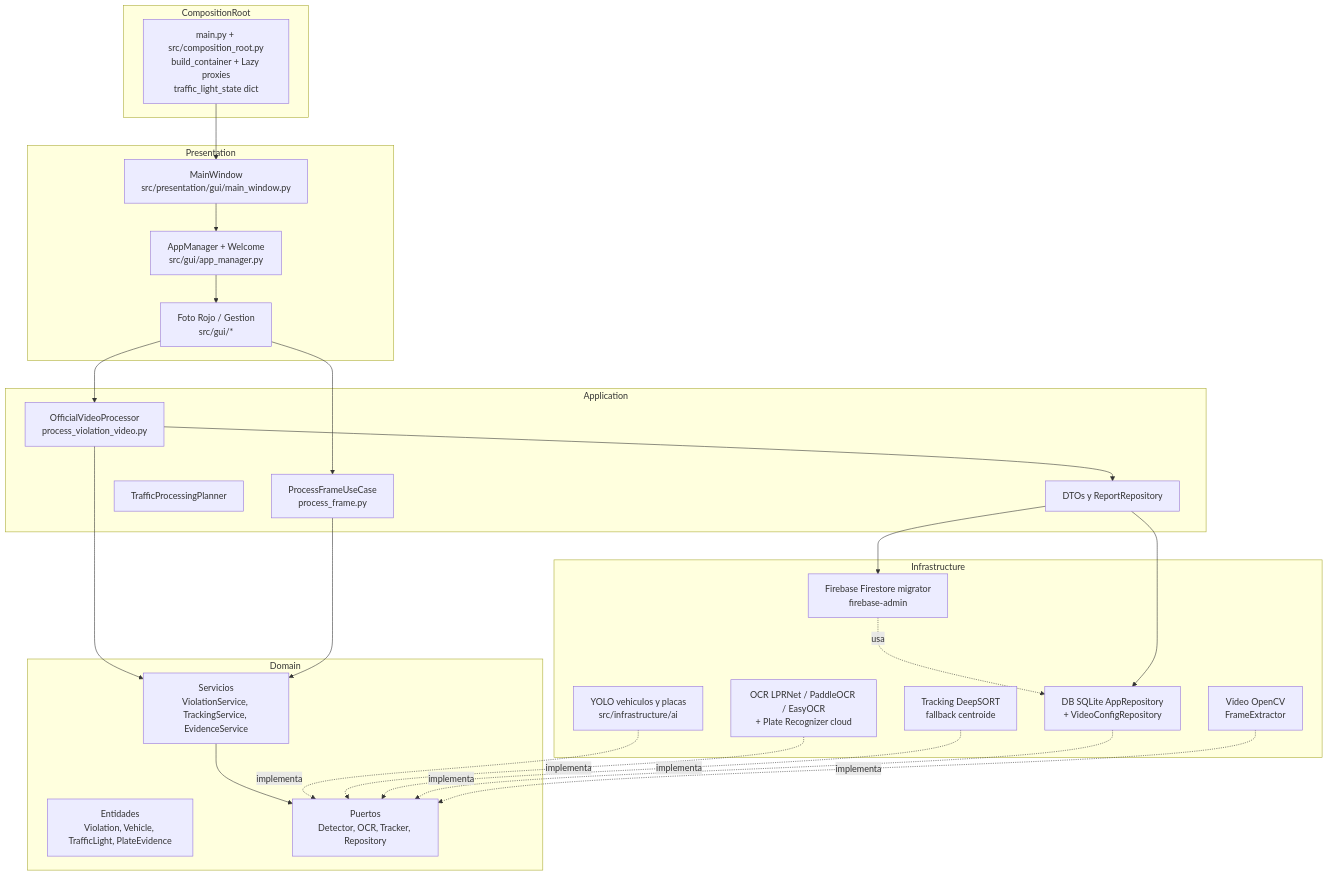
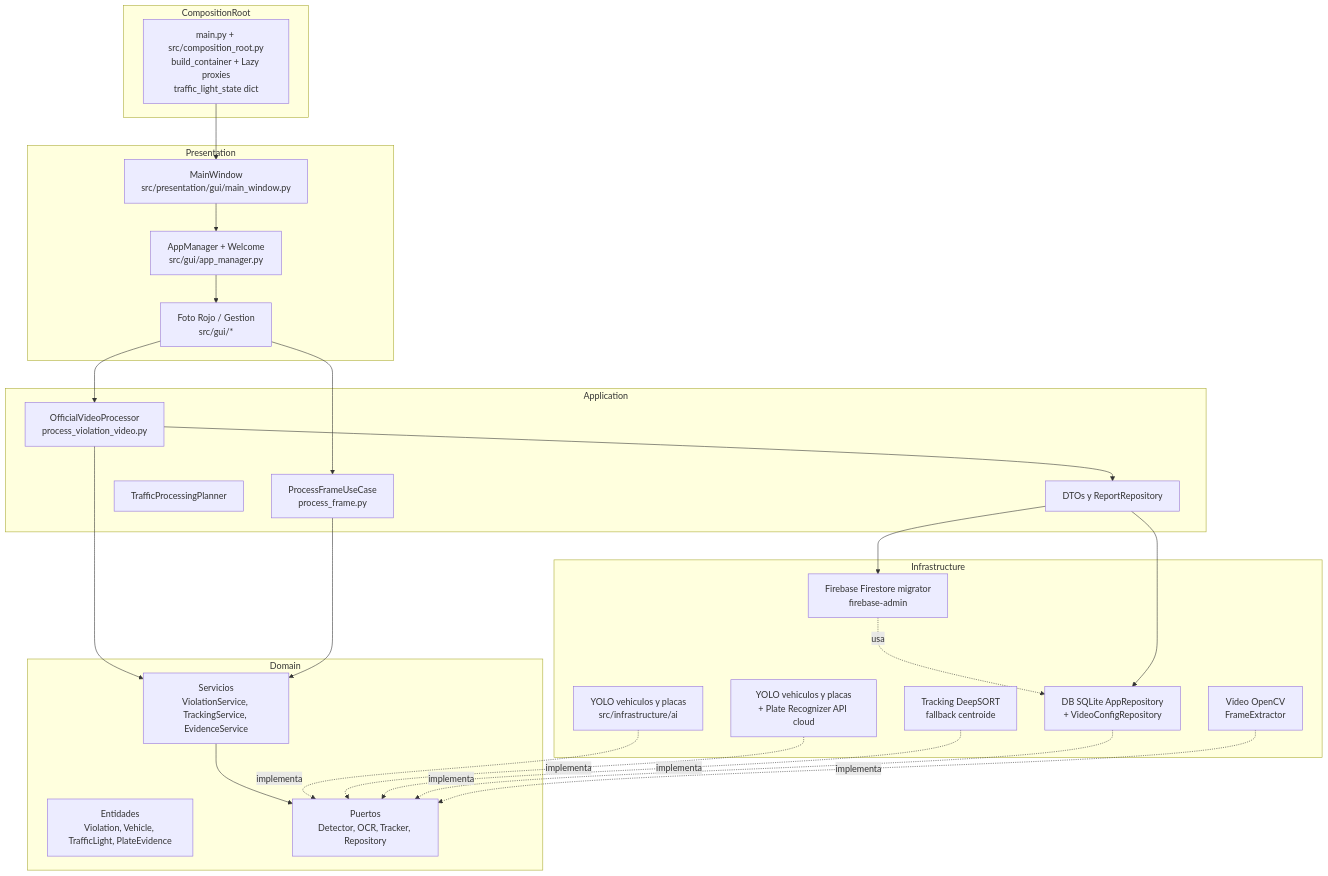
One commit to AbelMoyaICSI/InfractiVision changed the first of 7 diagrams in DOC.md. Above: the diagram before and after it, drawn with Mermaid. The commit also changed other lines of this file and 3 other files, not shown here.

````diff
--- a/DOC.md
+++ b/DOC.md
@@ -11,48 +11,48 @@
 ```mermaid
 flowchart TD
     subgraph Presentation
         P1[MainWindow<br/>src/presentation/gui/main_window.py]
         P2[AppManager + Welcome<br/>src/gui/app_manager.py]
         P3[Foto Rojo / Gestion<br/>src/gui/*]
     end
     subgraph Application
         A1[OfficialVideoProcessor<br/>process_violation_video.py]
         A2[ProcessFrameUseCase<br/>process_frame.py]
         A3[TrafficProcessingPlanner]
         A4[DTOs y ReportRepository]
     end
     subgraph Domain
         D1[Entidades<br/>Violation, Vehicle, TrafficLight, PlateEvidence]
         D2[Puertos<br/>Detector, OCR, Tracker, Repository]
         D3[Servicios<br/>ViolationService, TrackingService, EvidenceService]
     end
     subgraph Infrastructure
         I1[YOLO vehiculos y placas<br/>src/infrastructure/ai]
-        I2[OCR LPRNet / PaddleOCR / EasyOCR<br/>+ Plate Recognizer cloud]
+        I2[YOLO vehiculos y placas<br/>+ Plate Recognizer API cloud]
         I3[Tracking DeepSORT<br/>fallback centroide]
         I4[DB SQLite AppRepository<br/>+ VideoConfigRepository]
         I5[Video OpenCV<br/>FrameExtractor]
         I6[Firebase Firestore migrator<br/>firebase-admin]
     end
     subgraph CompositionRoot
         CR[main.py + src/composition_root.py<br/>build_container + Lazy proxies<br/>traffic_light_state dict]
     end
 
     CR --> P1
     P1 --> P2
     P2 --> P3
     P3 --> A1
     P3 --> A2
     A1 --> D3
     A2 --> D3
     D3 --> D2
     I1 -. implementa .-> D2
     I2 -. implementa .-> D2
     I3 -. implementa .-> D2
     I4 -. implementa .-> D2
     I5 -. implementa .-> D2
     I6 -. usa .-> I4
     A1 --> A4
     A4 --> I4
     A4 --> I6
 ```
````
